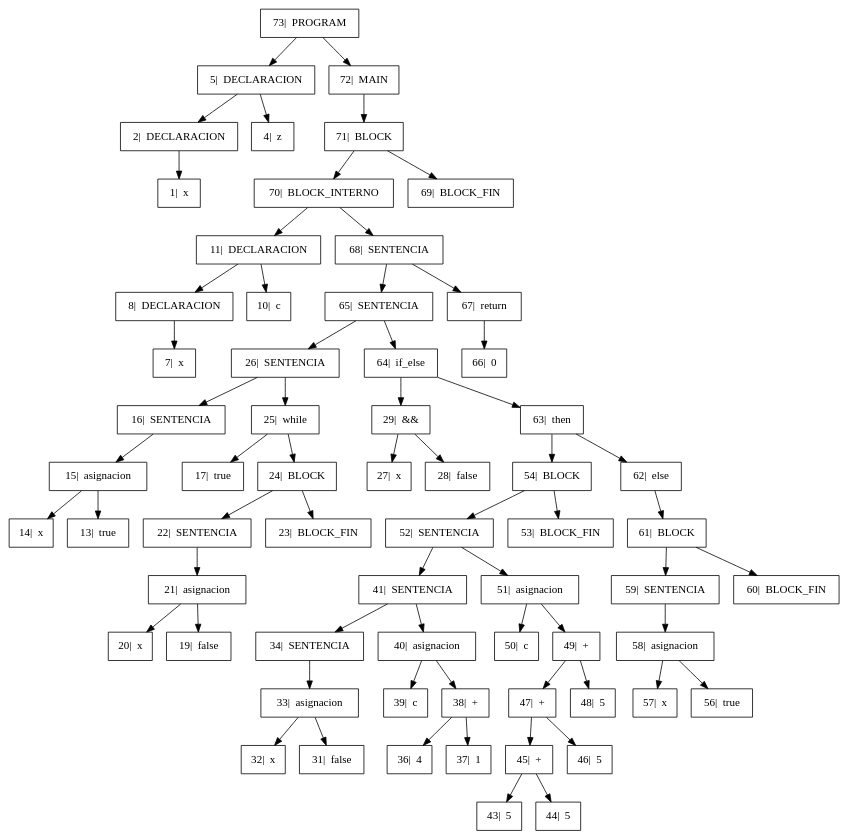
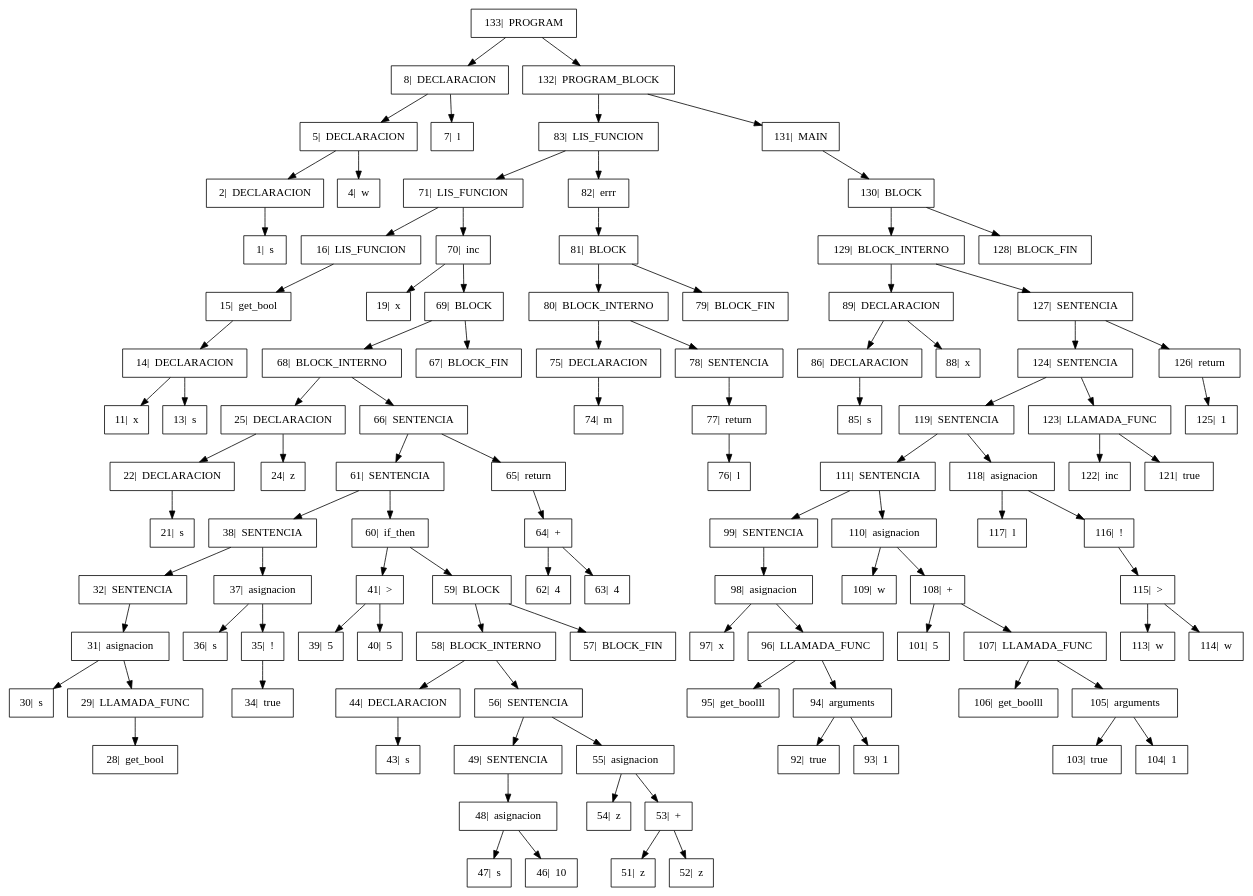
One commit to GiovA07/PRE-PROYECTO-COMPILADORES changed the diagram in Proyecto/output/Arbol.dot. Above: the diagram before and after it, drawn with Graphviz. The commit also changed 4 other files, not shown here.

Commit message:
Solucion de error en la llamada a la funcion

```diff
--- a/Proyecto/output/Arbol.dot
+++ b/Proyecto/output/Arbol.dot
@@ -1,42 +1,69 @@
 digraph{
 
 rankdir=TB;
 
 node[shape=box];
-"73|  PROGRAM" -> "5|  DECLARACION", "72|  MAIN";
-"5|  DECLARACION" -> "2|  DECLARACION", "4|  z";
-"2|  DECLARACION" -> "1|  x" ;
-"72|  MAIN" -> "71|  BLOCK" ;
-"71|  BLOCK" -> "70|  BLOCK_INTERNO", "69|  BLOCK_FIN";
-"70|  BLOCK_INTERNO" -> "11|  DECLARACION", "68|  SENTENCIA";
-"11|  DECLARACION" -> "8|  DECLARACION", "10|  c";
-"8|  DECLARACION" -> "7|  x" ;
-"68|  SENTENCIA" -> "65|  SENTENCIA", "67|  return";
-"65|  SENTENCIA" -> "26|  SENTENCIA", "64|  if_else";
-"26|  SENTENCIA" -> "16|  SENTENCIA", "25|  while";
-"16|  SENTENCIA" -> "15|  asignacion" ;
-"15|  asignacion" -> "14|  x", "13|  true";
-"25|  while" -> "17|  true", "24|  BLOCK";
-"24|  BLOCK" -> "22|  SENTENCIA", "23|  BLOCK_FIN";
-"22|  SENTENCIA" -> "21|  asignacion" ;
-"21|  asignacion" -> "20|  x", "19|  false";
-"64|  if_else" -> "29|  &&", "63|  then";
-"29|  &&" -> "27|  x", "28|  false";
-"63|  then" -> "54|  BLOCK", "62|  else";
-"54|  BLOCK" -> "52|  SENTENCIA", "53|  BLOCK_FIN";
-"52|  SENTENCIA" -> "41|  SENTENCIA", "51|  asignacion";
-"41|  SENTENCIA" -> "34|  SENTENCIA", "40|  asignacion";
-"34|  SENTENCIA" -> "33|  asignacion" ;
-"33|  asignacion" -> "32|  x", "31|  false";
-"40|  asignacion" -> "39|  c", "38|  +";
-"38|  +" -> "36|  4", "37|  1";
-"51|  asignacion" -> "50|  c", "49|  +";
-"49|  +" -> "47|  +", "48|  5";
-"47|  +" -> "45|  +", "46|  5";
-"45|  +" -> "43|  5", "44|  5";
-"62|  else" -> "61|  BLOCK" ;
-"61|  BLOCK" -> "59|  SENTENCIA", "60|  BLOCK_FIN";
-"59|  SENTENCIA" -> "58|  asignacion" ;
-"58|  asignacion" -> "57|  x", "56|  true";
-"67|  return" -> "66|  0" ;
+"133|  PROGRAM" -> "8|  DECLARACION", "132|  PROGRAM_BLOCK";
+"8|  DECLARACION" -> "5|  DECLARACION", "7|  l";
+"5|  DECLARACION" -> "2|  DECLARACION", "4|  w";
+"2|  DECLARACION" -> "1|  s" ;
+"132|  PROGRAM_BLOCK" -> "83|  LIS_FUNCION", "131|  MAIN";
+"83|  LIS_FUNCION" -> "71|  LIS_FUNCION", "82|  errr";
+"71|  LIS_FUNCION" -> "16|  LIS_FUNCION", "70|  inc";
+"16|  LIS_FUNCION" -> "15|  get_bool" ;
+"15|  get_bool" -> "14|  DECLARACION" ;
+"14|  DECLARACION" -> "11|  x", "13|  s";
+"70|  inc" -> "19|  x", "69|  BLOCK";
+"69|  BLOCK" -> "68|  BLOCK_INTERNO", "67|  BLOCK_FIN";
+"68|  BLOCK_INTERNO" -> "25|  DECLARACION", "66|  SENTENCIA";
+"25|  DECLARACION" -> "22|  DECLARACION", "24|  z";
+"22|  DECLARACION" -> "21|  s" ;
+"66|  SENTENCIA" -> "61|  SENTENCIA", "65|  return";
+"61|  SENTENCIA" -> "38|  SENTENCIA", "60|  if_then";
+"38|  SENTENCIA" -> "32|  SENTENCIA", "37|  asignacion";
+"32|  SENTENCIA" -> "31|  asignacion" ;
+"31|  asignacion" -> "30|  s", "29|  LLAMADA_FUNC";
+"29|  LLAMADA_FUNC" -> "28|  get_bool" ;
+"37|  asignacion" -> "36|  s", "35|  !";
+"35|  !" -> "34|  true" ;
+"60|  if_then" -> "41|  >", "59|  BLOCK";
+"41|  >" -> "39|  5", "40|  5";
+"59|  BLOCK" -> "58|  BLOCK_INTERNO", "57|  BLOCK_FIN";
+"58|  BLOCK_INTERNO" -> "44|  DECLARACION", "56|  SENTENCIA";
+"44|  DECLARACION" -> "43|  s" ;
+"56|  SENTENCIA" -> "49|  SENTENCIA", "55|  asignacion";
+"49|  SENTENCIA" -> "48|  asignacion" ;
+"48|  asignacion" -> "47|  s", "46|  10";
+"55|  asignacion" -> "54|  z", "53|  +";
+"53|  +" -> "51|  z", "52|  z";
+"65|  return" -> "64|  +" ;
+"64|  +" -> "62|  4", "63|  4";
+"82|  errr" -> "81|  BLOCK" ;
+"81|  BLOCK" -> "80|  BLOCK_INTERNO", "79|  BLOCK_FIN";
+"80|  BLOCK_INTERNO" -> "75|  DECLARACION", "78|  SENTENCIA";
+"75|  DECLARACION" -> "74|  m" ;
+"78|  SENTENCIA" -> "77|  return" ;
+"77|  return" -> "76|  l" ;
+"131|  MAIN" -> "130|  BLOCK" ;
+"130|  BLOCK" -> "129|  BLOCK_INTERNO", "128|  BLOCK_FIN";
+"129|  BLOCK_INTERNO" -> "89|  DECLARACION", "127|  SENTENCIA";
+"89|  DECLARACION" -> "86|  DECLARACION", "88|  x";
+"86|  DECLARACION" -> "85|  s" ;
+"127|  SENTENCIA" -> "124|  SENTENCIA", "126|  return";
+"124|  SENTENCIA" -> "119|  SENTENCIA", "123|  LLAMADA_FUNC";
+"119|  SENTENCIA" -> "111|  SENTENCIA", "118|  asignacion";
+"111|  SENTENCIA" -> "99|  SENTENCIA", "110|  asignacion";
+"99|  SENTENCIA" -> "98|  asignacion" ;
+"98|  asignacion" -> "97|  x", "96|  LLAMADA_FUNC";
+"96|  LLAMADA_FUNC" -> "95|  get_boolll", "94|  arguments";
+"94|  arguments" -> "92|  true", "93|  1";
+"110|  asignacion" -> "109|  w", "108|  +";
+"108|  +" -> "101|  5", "107|  LLAMADA_FUNC";
+"107|  LLAMADA_FUNC" -> "106|  get_boolll", "105|  arguments";
+"105|  arguments" -> "103|  true", "104|  1";
+"118|  asignacion" -> "117|  l", "116|  !";
+"116|  !" -> "115|  >" ;
+"115|  >" -> "113|  w", "114|  w";
+"123|  LLAMADA_FUNC" -> "122|  inc", "121|  true";
+"126|  return" -> "125|  1" ;
 }
```
